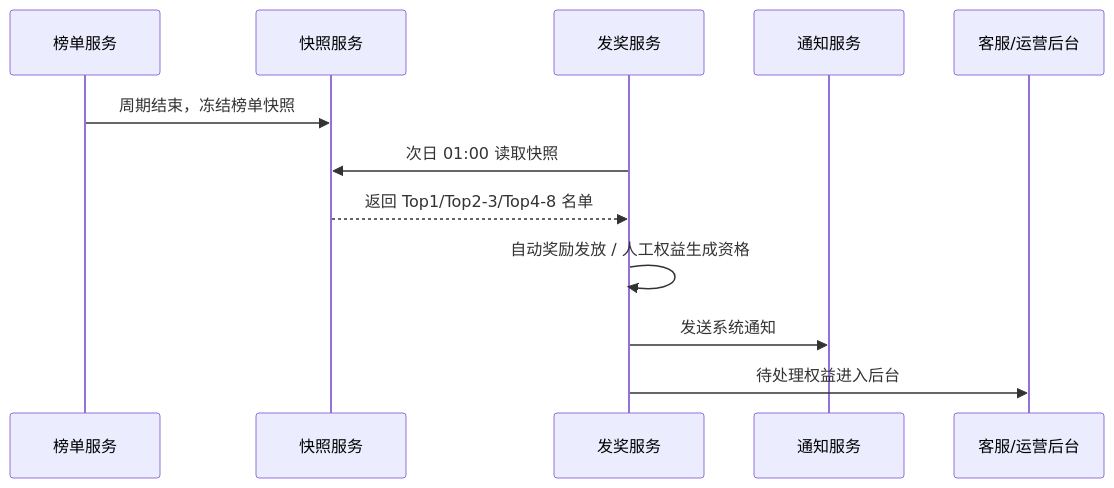
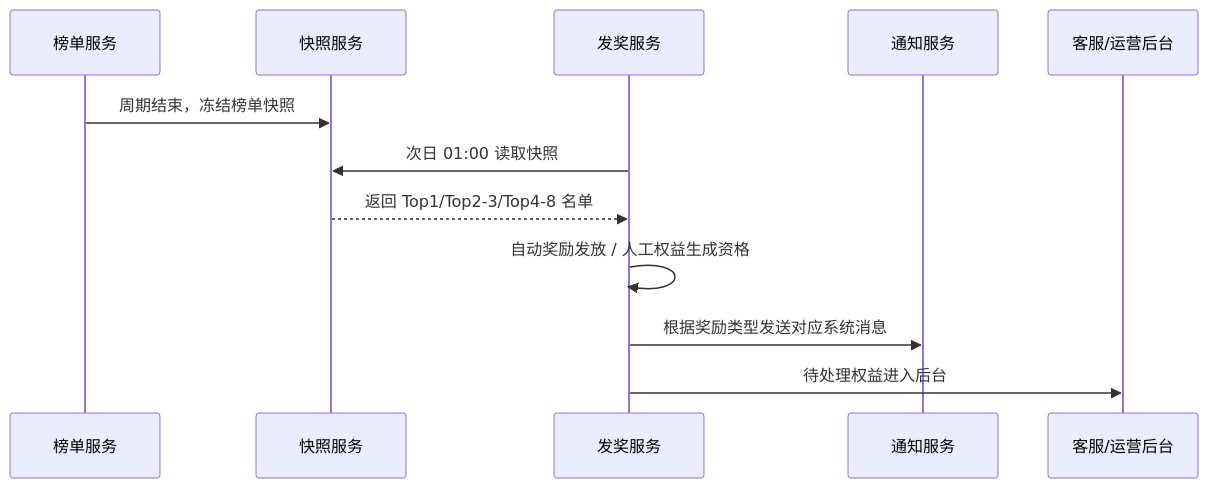
One commit to kocekid/Recharge-Event-Requirements changed the seventh of 10 diagrams in 充值活动PRD_重写版.md. Above: the diagram before and after it, drawn with Mermaid. The commit also changed other lines of this file and 2 other files, not shown here.

Commit message:
docs: add reward system message rules

````diff
--- a/充值活动PRD_重写版.md
+++ b/充值活动PRD_重写版.md
@@ -1193,15 +1193,15 @@
 ```mermaid
 sequenceDiagram
     participant Rank as 榜单服务
     participant Snapshot as 快照服务
     participant Reward as 发奖服务
     participant Notify as 通知服务
     participant Ops as 客服/运营后台
 
     Rank->>Snapshot: 周期结束，冻结榜单快照
     Reward->>Snapshot: 次日 01:00 读取快照
     Snapshot-->>Reward: 返回 Top1/Top2-3/Top4-8 名单
     Reward->>Reward: 自动奖励发放 / 人工权益生成资格
-    Reward->>Notify: 发送系统通知
+    Reward->>Notify: 根据奖励类型发送对应系统消息
     Reward->>Ops: 待处理权益进入后台
 ```
````
